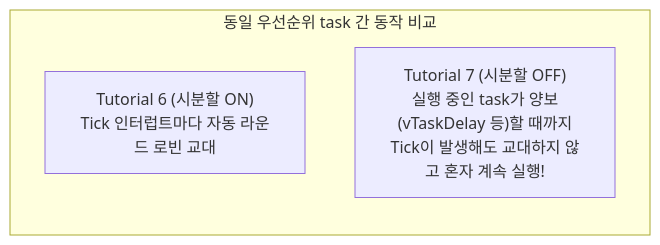
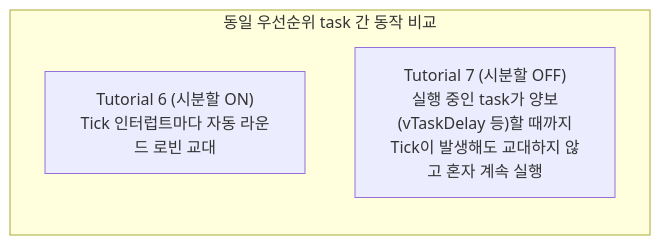
One commit to yunju-baek/FreeRTOS-Tutorials-ko changed the first of 2 diagrams in ko/guides/tutorial_7.md. Above: the diagram before and after it, drawn with Mermaid. The commit also changed other lines of this file and 37 other files, not shown here.

````diff
--- a/ko/guides/tutorial_7.md
+++ b/ko/guides/tutorial_7.md
@@ -40,8 +42,8 @@
 ```mermaid
 flowchart TD
     subgraph EqualPriority["동일 우선순위 task 간 동작 비교"]
         direction TB
         T6["Tutorial 6 (시분할 ON)<br/>Tick 인터럽트마다 자동 라운드 로빈 교대"]
-        T7["Tutorial 7 (시분할 OFF)<br/>실행 중인 task가 양보(vTaskDelay 등)할 때까지<br/>Tick이 발생해도 교대하지 않고 혼자 계속 실행!"]
+        T7["Tutorial 7 (시분할 OFF)<br/>실행 중인 task가 양보(vTaskDelay 등)할 때까지<br/>Tick이 발생해도 교대하지 않고 혼자 계속 실행"]
     end
 ```
````
